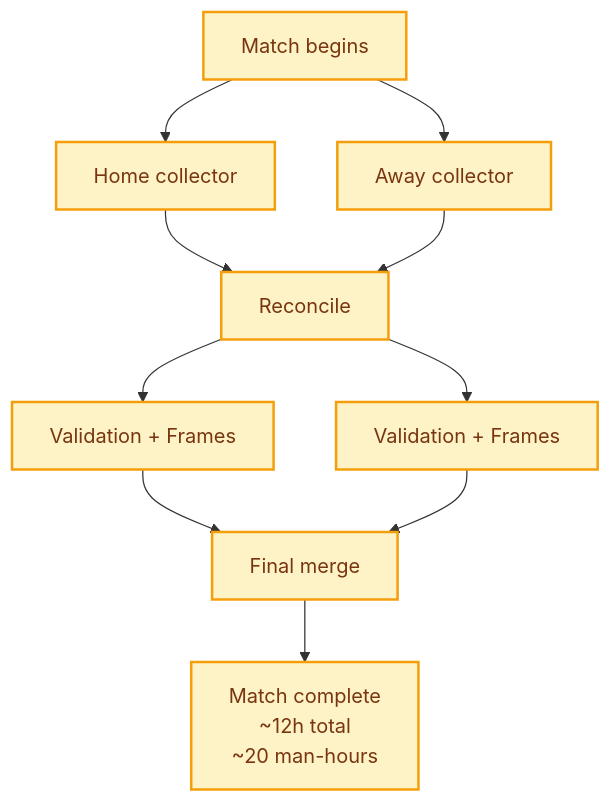
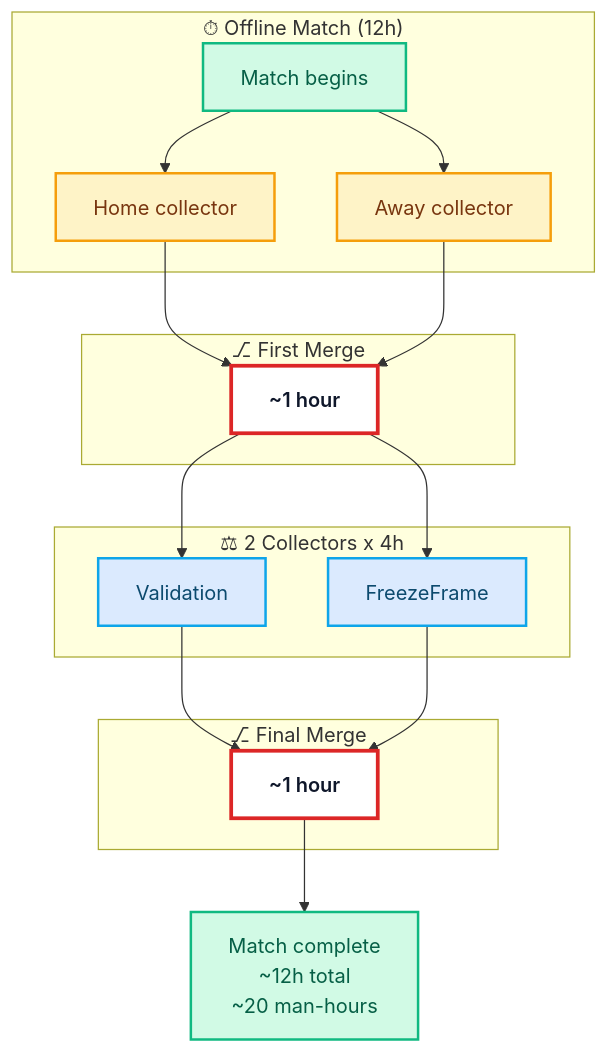
The first of 2 diagrams in src/pages/portfolio/statsbomb.mdx (saadshahd/saadshahd.github.io), drawn with Mermaid before and after one commit. The commit also changed other lines of this file and 1 other file, not shown here.

Commit message:
feat(diagrams): enhance Statsbomb workflow diagrams with temporal grouping
- Add subgraph temporal phases with flat Unicode icons (⏱ ⎇ ⚖ 📦 ⫴)
- Emphasize manual merge bottlenecks with white bg + red border
- Apply Egyptian design system colors (amber collectors, blue processors, emerald system)
- Update Before workflow: Offline 12h with 2 collectors × 4h parallel processing
- Update After workflow: Live real-time with up to 12 parallel enrichments based on SLA
- Fix typo: "Anlaytics" → "Analytics"
- Sync text alternatives with visual diagram changes

````diff
--- a/src/pages/portfolio/statsbomb.mdx
+++ b/src/pages/portfolio/statsbomb.mdx
@@ -151,17 +151,38 @@
 ```mermaid
 graph TD
-    Start["Match begins"] --> HomeCollector["Home collector"]
-    Start --> AwayCollector["Away collector"]
-    HomeCollector --> Merge1["Reconcile"]
-    AwayCollector --> Merge1
-    Merge1 --> HomePost["Validation + Frames"]
-    Merge1 --> AwayPost["Validation + Frames"]
-    HomePost --> Merge2["Final merge"]
-    AwayPost --> Merge2
+    subgraph live["⏱ Offline Match (12h)"]
+        Start["Match begins"]
+        Start --> HomeCollector["Home collector"]
+        Start --> AwayCollector["Away collector"]
+    end
+
+    subgraph post1["⎇ First Merge"]
+        HomeCollector --> Merge1["~1 hour"]
+        AwayCollector --> Merge1
+    end
+
+    subgraph post2["⚖ 2 Collectors x 4h"]
+        Merge1 --> HomePost["Validation"]
+        Merge1 --> AwayPost["FreezeFrame"]
+    end
+
+    subgraph post3["⎇ Final Merge"]
+        HomePost --> Merge2["~1 hour"]
+        AwayPost --> Merge2
+        
+    end
+
     Merge2 --> Complete["Match complete
-    ~12h total
-    ~20 man-hours"]
+        ~12h total
+        ~20 man-hours"]
+    
+    classDef bottleneck fill:#FFFFFF,stroke:#DC2626,stroke-width:3px,color:#0F172A,font-weight:600
+    classDef collector fill:#FEF3C7,stroke:#F59E0B,stroke-width:2px,color:#78350F
+    classDef processor fill:#DBEAFE,stroke:#0EA5E9,stroke-width:2px,color:#0C4A6E
+    classDef system fill:#D1FAE5,stroke:#10B981,stroke-width:2px,color:#065F46
 
-    classDef problem fill:#FEF3C7,stroke:#F59E0B,stroke-width:2px,color:#78350F
-    class Start,HomeCollector,AwayCollector,Merge1,HomePost,AwayPost,Merge2,Complete problem
+    class Merge1,Merge2 bottleneck
+    class HomeCollector,AwayCollector collector
+    class HomePost,AwayPost processor
+    class Start,Complete system
 ```
````
